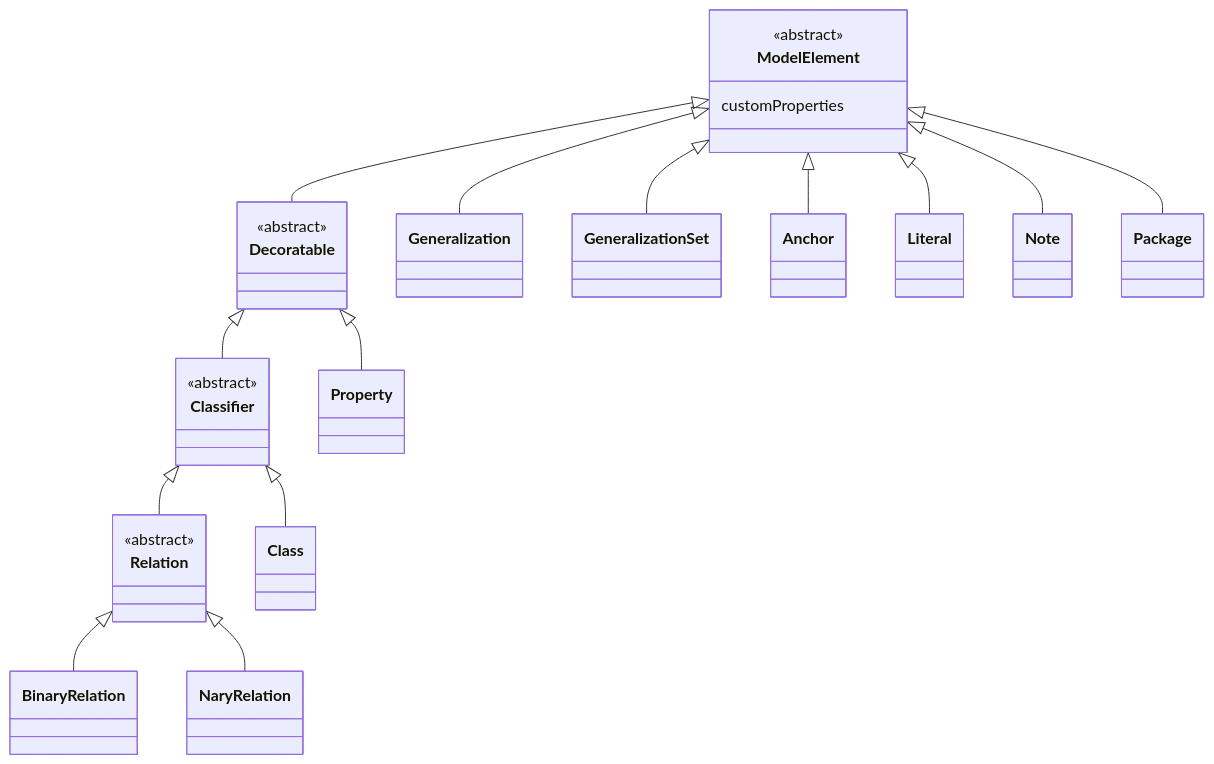
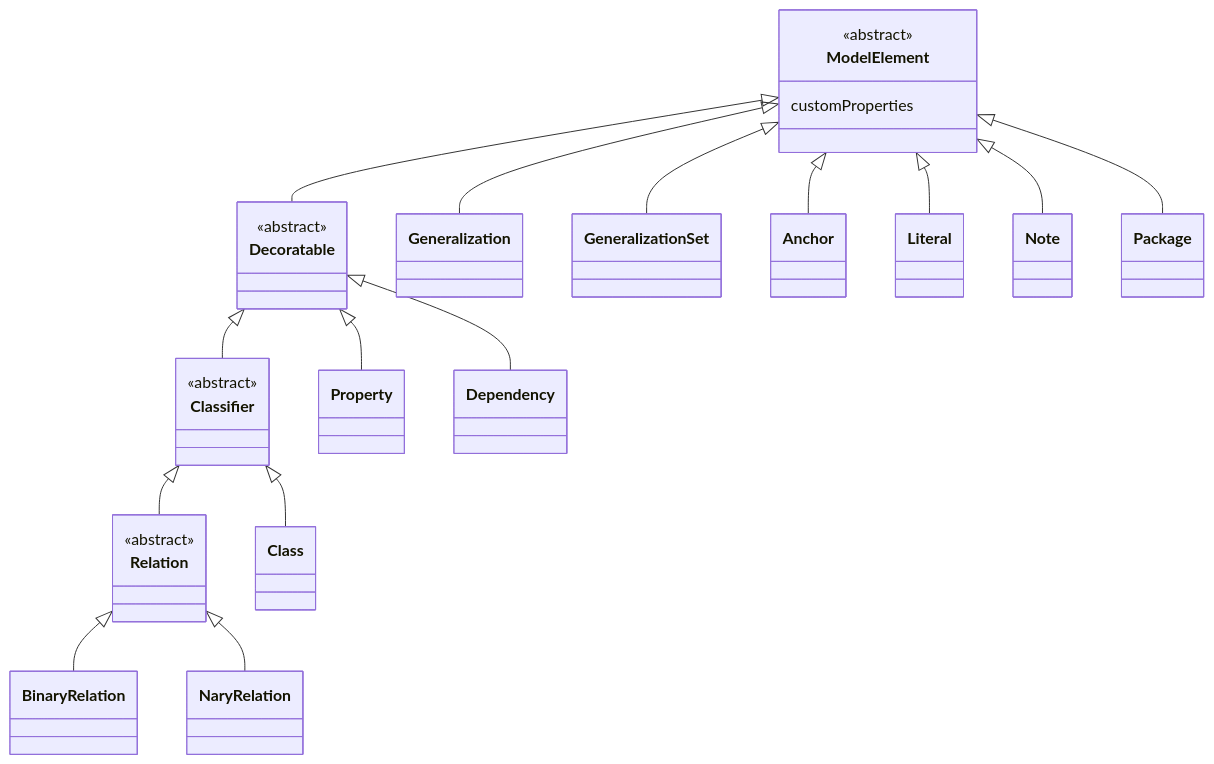
The diagram in website/docs/abstract-syntax/model-element.md (OntoUML/ontouml-schema), drawn with Mermaid before and after one commit. The commit also changed other lines of this file and 31 other files, not shown here.

````diff
--- a/website/docs/abstract-syntax/model-element.md
+++ b/website/docs/abstract-syntax/model-element.md
@@ -47,31 +47,32 @@
 ```mermaid
 classDiagram
   direction TB
   class ModelElement {
     <<abstract>>
     customProperties
   }
   class Decoratable {
     <<abstract>>
   }
   class Classifier {
     <<abstract>>
   }
   class Relation {
     <<abstract>>
   }
 
   ModelElement <|-- Generalization
   ModelElement <|-- GeneralizationSet
   ModelElement <|-- Anchor
   ModelElement <|-- Literal
   ModelElement <|-- Note
   ModelElement <|-- Package
   ModelElement <|-- Decoratable
   Decoratable <|-- Property
   Decoratable <|-- Classifier
+  Decoratable <|-- Dependency
   Classifier <|-- Class
   Classifier <|-- Relation
   Relation <|-- BinaryRelation
   Relation <|-- NaryRelation
 ```
````
